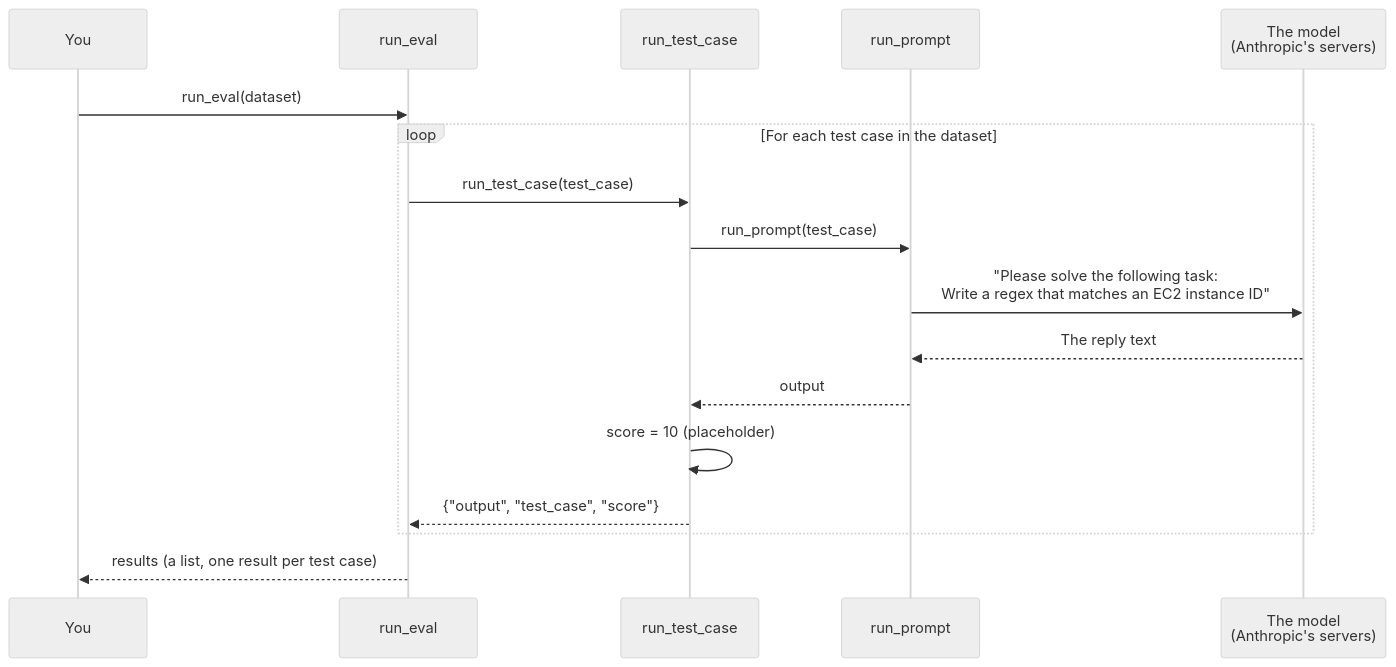
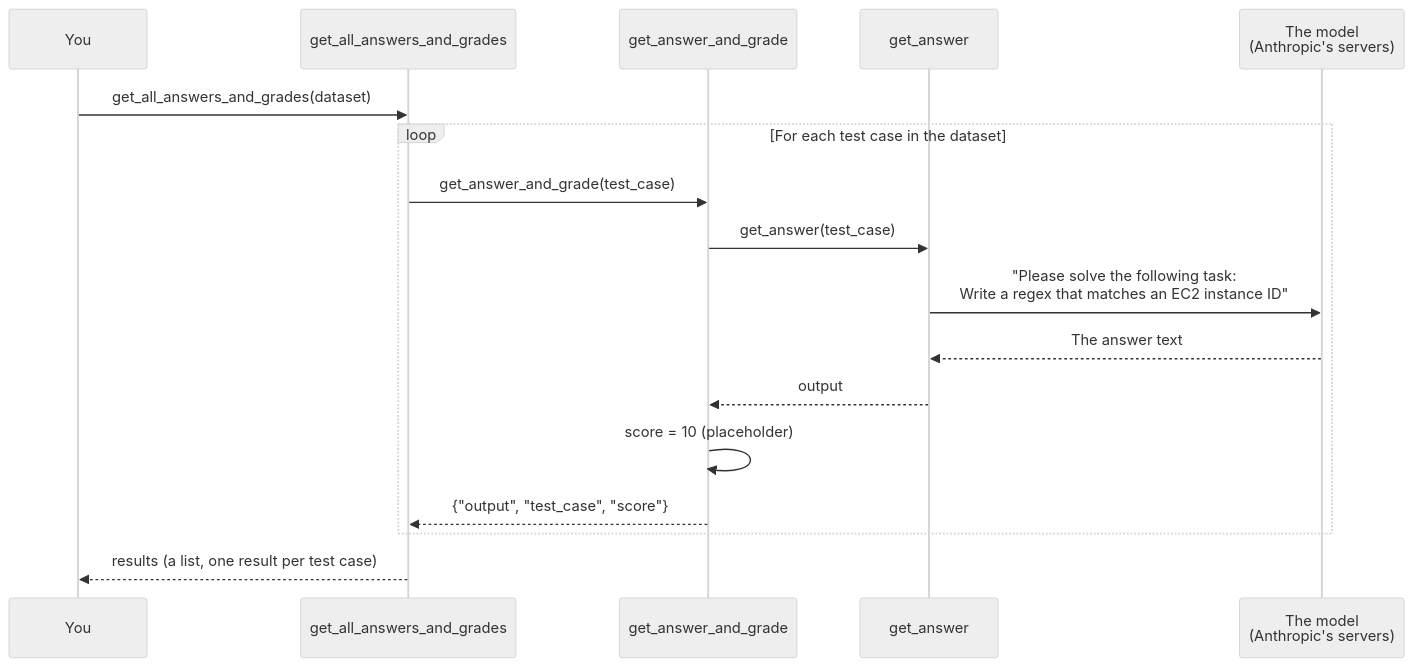
One commit to nirajp82/ClaudeArchitectStudyGuide changed the second of 2 diagrams in 02_BuildingWithTheClaudeAPI/02-prompt-evaluation/12-running-the-eval.md. Above: the diagram before and after it, drawn with Mermaid (neutral theme). The commit also changed other lines of this file and 2 other files, not shown here.

Commit message:
API lessons 12-13: clearer eval function names, answer instead of reply, get_answer vs get_answer_and_grade comparison

````diff
--- a/02_BuildingWithTheClaudeAPI/02-prompt-evaluation/12-running-the-eval.md
+++ b/02_BuildingWithTheClaudeAPI/02-prompt-evaluation/12-running-the-eval.md
@@ -124,19 +132,19 @@
 ```mermaid
 sequenceDiagram
     participant You
-    participant Eval as run_eval
-    participant Case as run_test_case
-    participant Prompt as run_prompt
+    participant Eval as get_all_answers_and_grades
+    participant Case as get_answer_and_grade
+    participant Prompt as get_answer
     participant Model as The model<br/>(Anthropic's servers)
-    You->>Eval: run_eval(dataset)
+    You->>Eval: get_all_answers_and_grades(dataset)
     loop For each test case in the dataset
-        Eval->>Case: run_test_case(test_case)
-        Case->>Prompt: run_prompt(test_case)
+        Eval->>Case: get_answer_and_grade(test_case)
+        Case->>Prompt: get_answer(test_case)
         Prompt->>Model: "Please solve the following task:<br/>Write a regex that matches an EC2 instance ID"
-        Model-->>Prompt: The reply text
+        Model-->>Prompt: The answer text
         Prompt-->>Case: output
         Case->>Case: score = 10 (placeholder)
         Case-->>Eval: {"output", "test_case", "score"}
     end
     Eval-->>You: results (a list, one result per test case)
 ```
````
